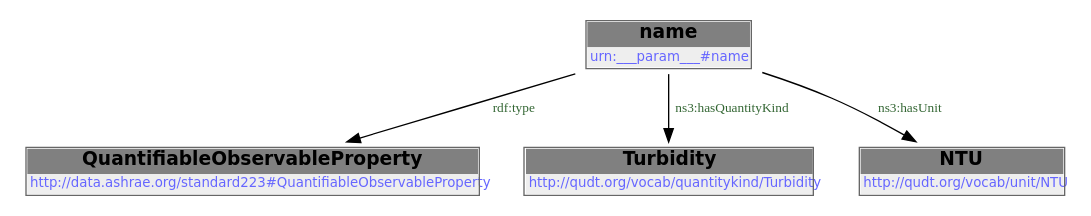
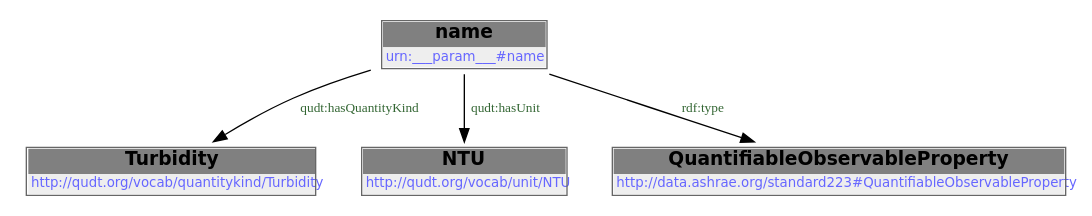
One commit to DataDrivenCPS/water-ontology changed the diagram in docs/libraries/templates/turbidity.rst. Above: the diagram before and after it, drawn with Graphviz. The commit also changed other lines of this file and 83 other files, not shown here.

```diff
--- a/docs/libraries/templates/turbidity.rst
+++ b/docs/libraries/templates/turbidity.rst
@@ -59,12 +53,16 @@
-        .. graphviz::
+.. graphviz::
 
-                digraph G {
-            node [fontname="DejaVu Sans"];
-            node0 -> node1 [color=BLACK, label=< <font point-size='10' color='#336633'>rdf:type</font> >];
-            node0 -> node2 [color=BLACK, label=< <font point-size='10' color='#336633'>ns3:hasQuantityKind</font> >];
-            node0 -> node3 [color=BLACK, label=< <font point-size='10' color='#336633'>ns3:hasUnit</font> >];
-            node0 [shape=none, color=black, label=< <table color='#666666' cellborder='0' cellspacing='0' border='1'><tr><td colspan='2' bgcolor='grey'><B>name</B></td></tr><tr><td href='urn:___param___#name' bgcolor='#eeeeee' colspan='2'><font point-size='10' color='#6666ff'>urn:___param___#name</font></td></tr></table> >];
-            node1 [shape=none, color=black, label=< <table color='#666666' cellborder='0' cellspacing='0' border='1'><tr><td colspan='2' bgcolor='grey'><B>QuantifiableObservableProperty</B></td></tr><tr><td href='http://data.ashrae.org/standard223#QuantifiableObservableProperty' bgcolor='#eeeeee' colspan='2'><font point-size='10' color='#6666ff'>http://data.ashrae.org/standard223#QuantifiableObservableProperty</font></td></tr></table> >];
-            node2 [shape=none, color=black, label=< <table color='#666666' cellborder='0' cellspacing='0' border='1'><tr><td colspan='2' bgcolor='grey'><B>Turbidity</B></td></tr><tr><td href='http://qudt.org/vocab/quantitykind/Turbidity' bgcolor='#eeeeee' colspan='2'><font point-size='10' color='#6666ff'>http://qudt.org/vocab/quantitykind/Turbidity</font></td></tr></table> >];
-            node3 [shape=none, color=black, label=< <table color='#666666' cellborder='0' cellspacing='0' border='1'><tr><td colspan='2' bgcolor='grey'><B>NTU</B></td></tr><tr><td href='http://qudt.org/vocab/unit/NTU' bgcolor='#eeeeee' colspan='2'><font point-size='10' color='#6666ff'>http://qudt.org/vocab/unit/NTU</font></td></tr></table> >];
-            }
+    digraph {
+     node [ fontname="DejaVu Sans" ] ;
+        node0 -> node1 [ color=BLACK, label=< <font point-size='10' color='#336633'>qudt:hasQuantityKind</font> > ] ;
+        node0 -> node2 [ color=BLACK, label=< <font point-size='10' color='#336633'>qudt:hasUnit</font> > ] ;
+        node0 -> node3 [ color=BLACK, label=< <font point-size='10' color='#336633'>rdf:type</font> > ] ;
+    # urn:___param___#name node0
+    node0 [ shape=none, color=black label=< <table color='#666666' cellborder='0' cellspacing='0' border='1'><tr><td colspan='2' bgcolor='grey'><B>name</B></td></tr><tr><td href='urn:___param___#name' bgcolor='#eeeeee' colspan='2'><font point-size='10' color='#6666ff'>urn:___param___#name</font></td></tr></table> > ]
+    # http://qudt.org/vocab/quantitykind/Turbidity node1
+    node1 [ shape=none, color=black label=< <table color='#666666' cellborder='0' cellspacing='0' border='1'><tr><td colspan='2' bgcolor='grey'><B>Turbidity</B></td></tr><tr><td href='http://qudt.org/vocab/quantitykind/Turbidity' bgcolor='#eeeeee' colspan='2'><font point-size='10' color='#6666ff'>http://qudt.org/vocab/quantitykind/Turbidity</font></td></tr></table> > ]
+    # http://qudt.org/vocab/unit/NTU node2
+    node2 [ shape=none, color=black label=< <table color='#666666' cellborder='0' cellspacing='0' border='1'><tr><td colspan='2' bgcolor='grey'><B>NTU</B></td></tr><tr><td href='http://qudt.org/vocab/unit/NTU' bgcolor='#eeeeee' colspan='2'><font point-size='10' color='#6666ff'>http://qudt.org/vocab/unit/NTU</font></td></tr></table> > ]
+    # http://data.ashrae.org/standard223#QuantifiableObservableProperty node3
+    node3 [ shape=none, color=black label=< <table color='#666666' cellborder='0' cellspacing='0' border='1'><tr><td colspan='2' bgcolor='grey'><B>QuantifiableObservableProperty</B></td></tr><tr><td href='http://data.ashrae.org/standard223#QuantifiableObservableProperty' bgcolor='#eeeeee' colspan='2'><font point-size='10' color='#6666ff'>http://data.ashrae.org/standard223#QuantifiableObservableProperty</font></td></tr></table> > ]
+    }
```
